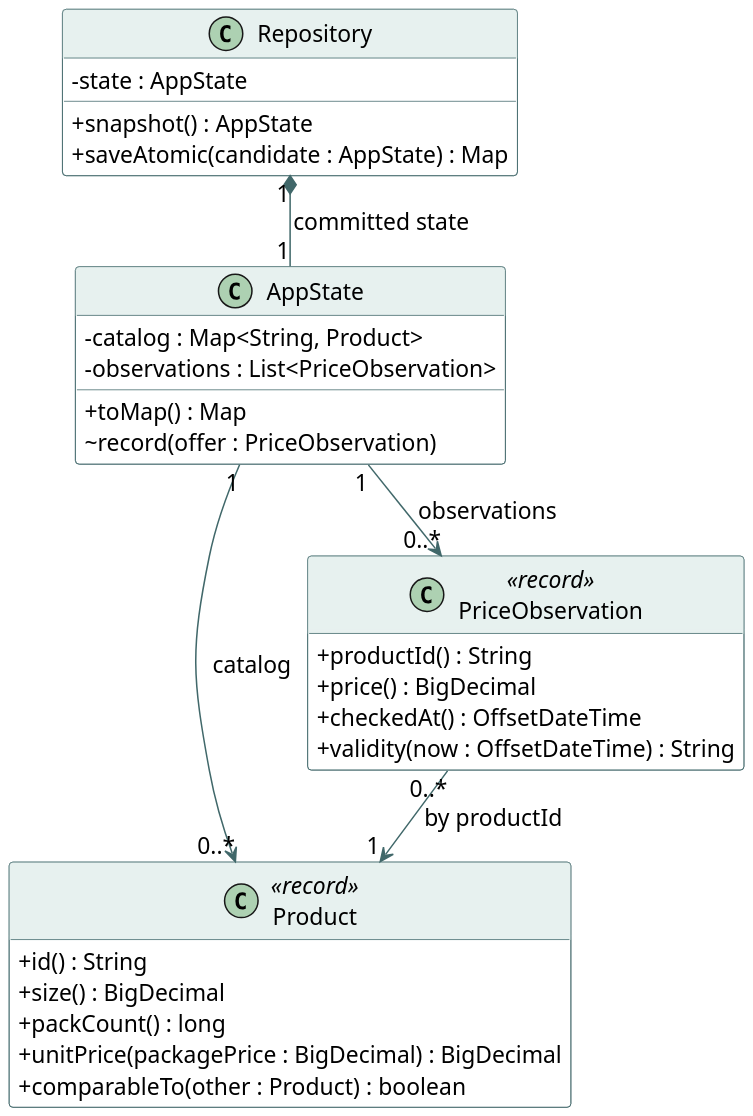
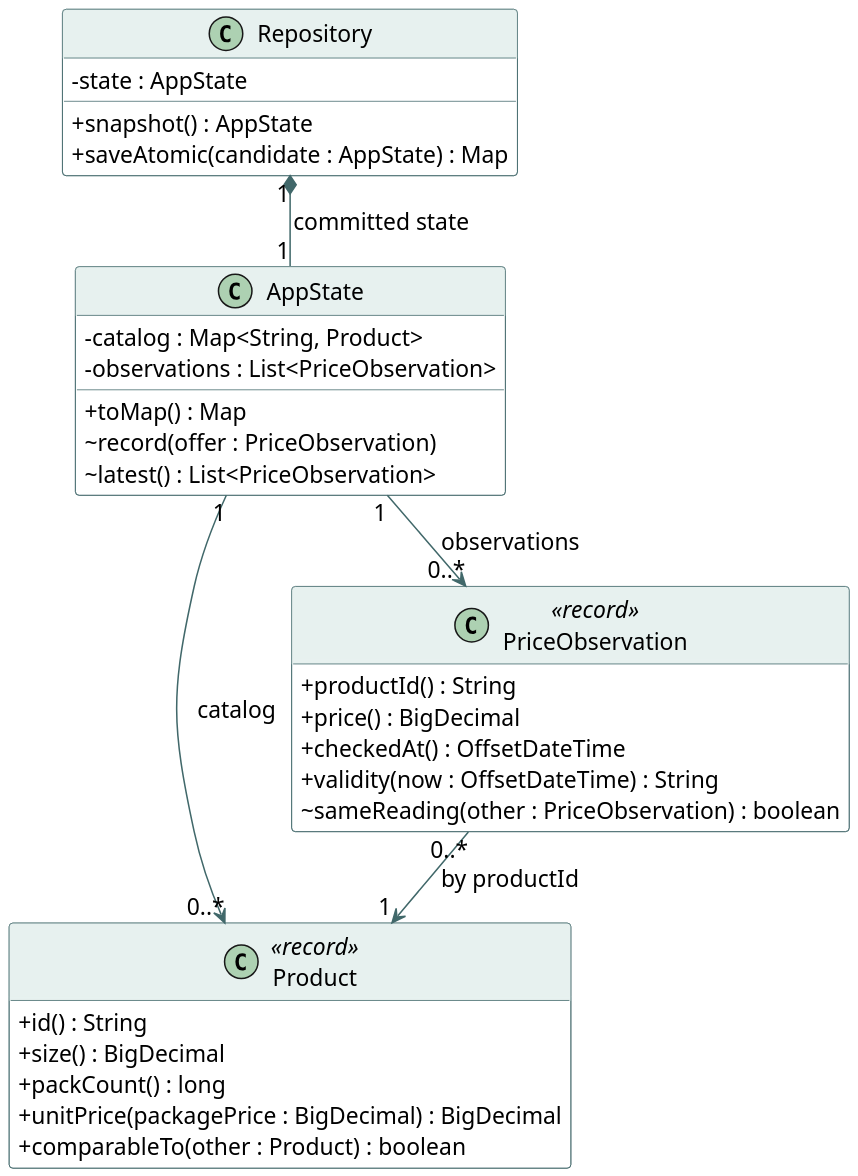
Before and after one commit to hyeonsu-test/smart-grocery-ledger: the diagram in doc/class-domain.puml, drawn with PlantUML. The commit also changed 36 other files, not shown here.

```diff
--- a/doc/class-domain.puml
+++ b/doc/class-domain.puml
@@ -1,42 +1,44 @@
 @startuml
 !pragma layout smetana
 skinparam dpi 170
 skinparam shadowing false
 skinparam classAttributeIconSize 0
 skinparam defaultFontName Arial
 skinparam defaultFontSize 15
 skinparam classBackgroundColor #FFFFFF
 skinparam classBorderColor #41686A
 skinparam classHeaderBackgroundColor #E7F1EF
 skinparam ArrowColor #41686A
 hide empty members
 top to bottom direction
 class Repository {
   - state : AppState
   + snapshot() : AppState
   + saveAtomic(candidate : AppState) : Map
 }
 class AppState {
   - catalog : Map<String, Product>
   - observations : List<PriceObservation>
   + toMap() : Map
   ~ record(offer : PriceObservation)
+  ~ latest() : List<PriceObservation>
 }
 class Product <<record>> {
   + id() : String
   + size() : BigDecimal
   + packCount() : long
   + unitPrice(packagePrice : BigDecimal) : BigDecimal
   + comparableTo(other : Product) : boolean
 }
 class PriceObservation <<record>> {
   + productId() : String
   + price() : BigDecimal
   + checkedAt() : OffsetDateTime
   + validity(now : OffsetDateTime) : String
+  ~ sameReading(other : PriceObservation) : boolean
 }
 Repository "1" *-- "1" AppState : committed state
 AppState "1" --> "0..*" Product : catalog
 AppState "1" --> "0..*" PriceObservation : observations
 PriceObservation "0..*" --> "1" Product : by productId
 @enduml
```
